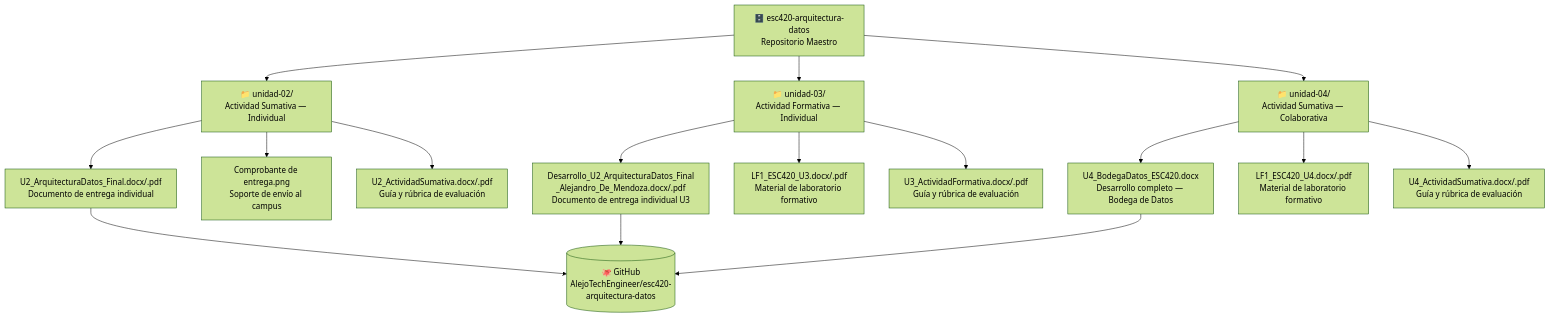
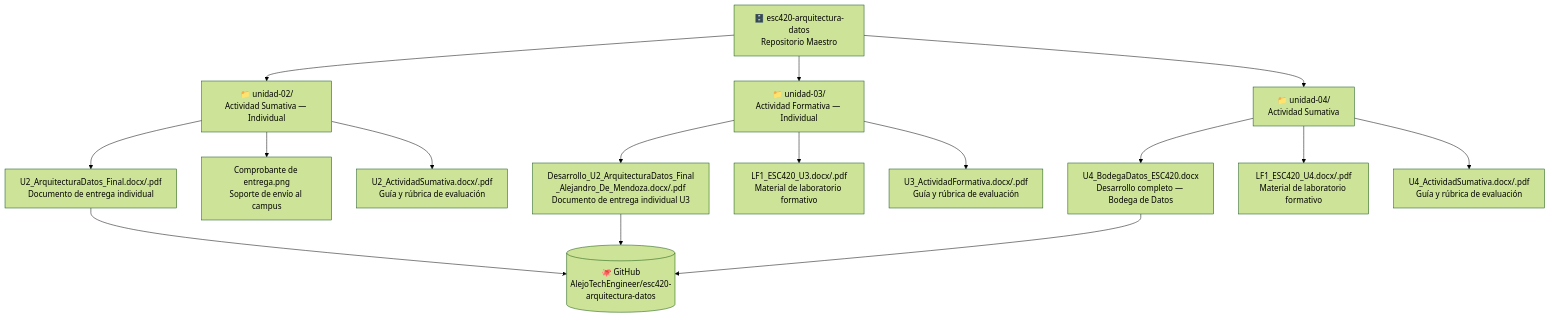
The diagram in README.md (AlejoTechEngineer/Esc420_Arquitectura_Datos), drawn with Mermaid (forest theme) before and after one commit. The commit also changed other lines of this file and 1 other file, not shown here.

First line of the commit message:
docs: eliminar menciones a colaborativa/colaborativo en Unidad 4

````diff
--- a/README.md
+++ b/README.md
@@ -29,20 +29,20 @@
 ```mermaid
 flowchart TD
     A["🗄️ esc420-arquitectura-datos\nRepositorio Maestro"] --> B["📁 unidad-02/\nActividad Sumativa — Individual"]
     A --> C["📁 unidad-03/\nActividad Formativa — Individual"]
-    A --> D["📁 unidad-04/\nActividad Sumativa — Colaborativa"]
+    A --> D["📁 unidad-04/\nActividad Sumativa"]
 
     B --> B1["U2_ArquitecturaDatos_Final.docx/.pdf\nDocumento de entrega individual"]
     B --> B2["Comprobante de entrega.png\nSoporte de envío al campus"]
     B --> B3["U2_ActividadSumativa.docx/.pdf\nGuía y rúbrica de evaluación"]
 
     C --> C1["Desarrollo_U2_ArquitecturaDatos_Final\n_Alejandro_De_Mendoza.docx/.pdf\nDocumento de entrega individual U3"]
     C --> C2["LF1_ESC420_U3.docx/.pdf\nMaterial de laboratorio formativo"]
     C --> C3["U3_ActividadFormativa.docx/.pdf\nGuía y rúbrica de evaluación"]
 
     D --> D1["U4_BodegaDatos_ESC420.docx\nDesarrollo completo — Bodega de Datos"]
     D --> D2["LF1_ESC420_U4.docx/.pdf\nMaterial de laboratorio formativo"]
     D --> D3["U4_ActividadSumativa.docx/.pdf\nGuía y rúbrica de evaluación"]
 
     B1 & C1 & D1 --> GH[("🐙 GitHub\nAlejoTechEngineer/esc420-arquitectura-datos")]
 ```
````
